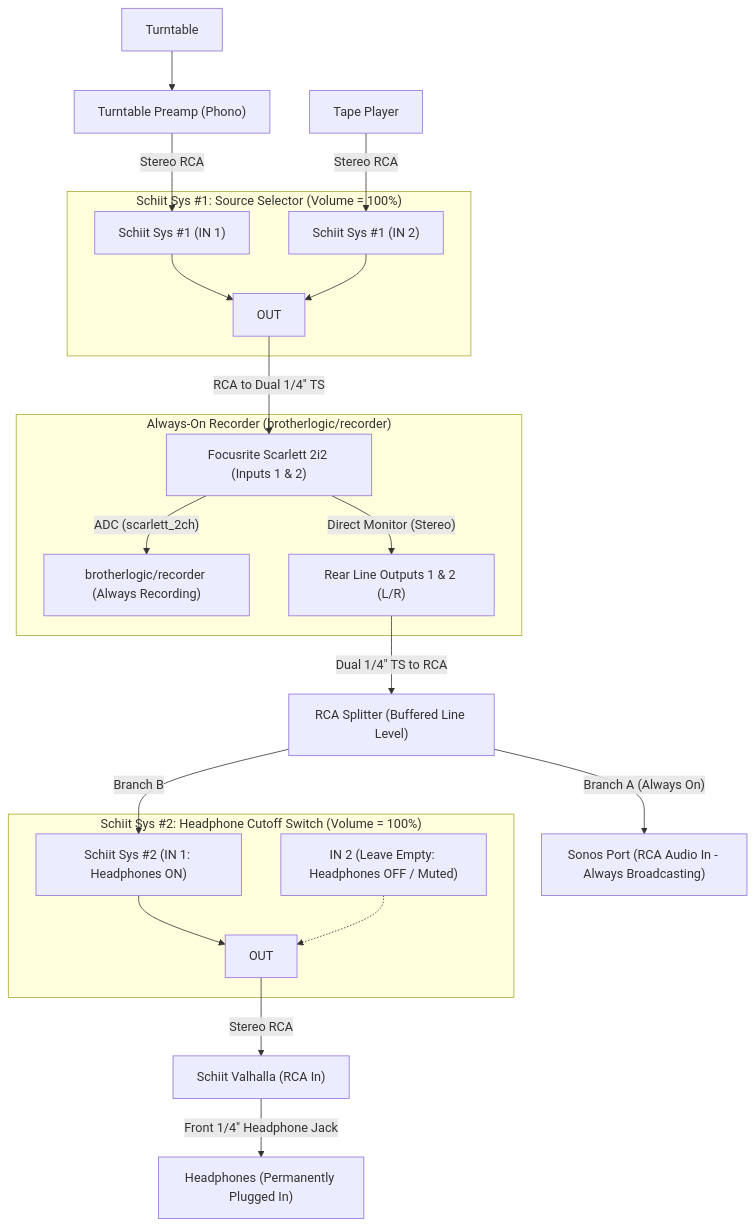
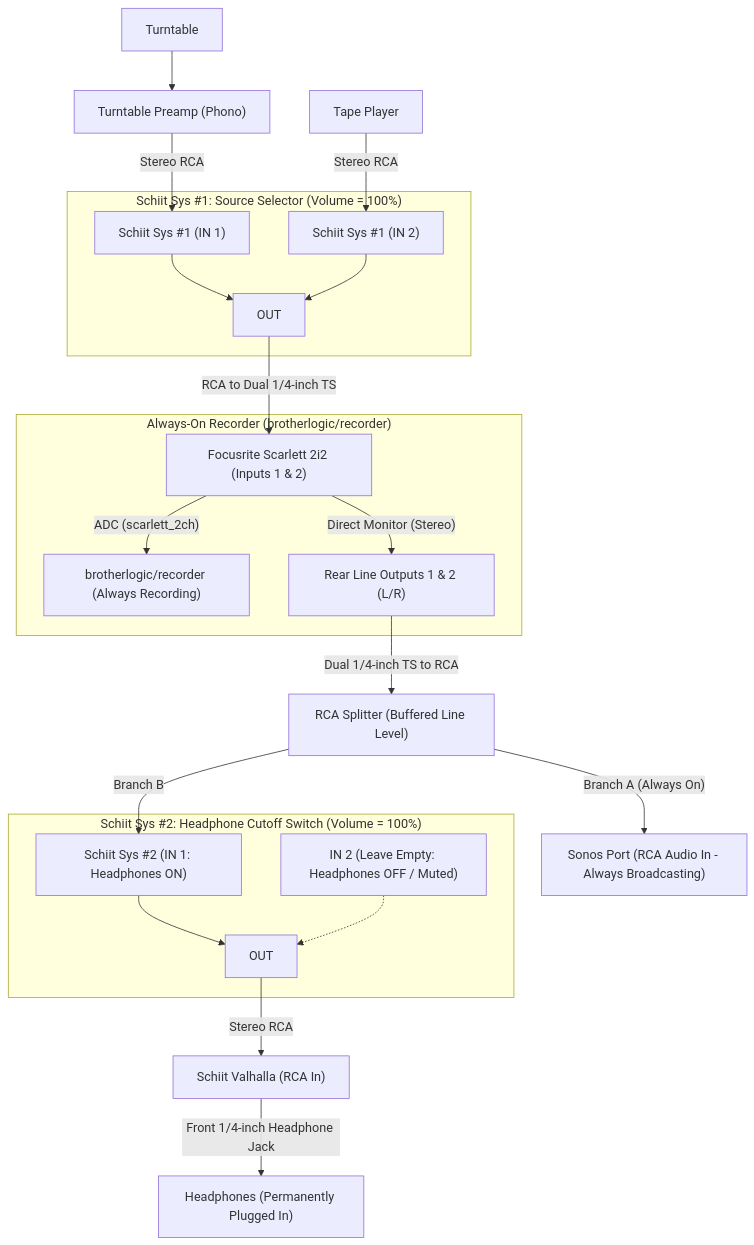
The diagram in SOLUTION.md (brotherlogic/hifi), drawn with Mermaid before and after one commit. The commit also changed other lines of this file, not shown here.

Commit message:
Fix Mermaid diagram quotes and document Sonos line-level gain staging

````diff
--- a/SOLUTION.md
+++ b/SOLUTION.md
@@ -62,34 +62,34 @@
 ```mermaid
 flowchart TD
     TT["Turntable"] --> PP["Turntable Preamp (Phono)"]
     TP["Tape Player"]
 
     PP -->|Stereo RCA| SYS1_IN1["Schiit Sys #1 (IN 1)"]
     TP -->|Stereo RCA| SYS1_IN2["Schiit Sys #1 (IN 2)"]
 
     subgraph SYS1 ["Schiit Sys #1: Source Selector (Volume = 100%)"]
         SYS1_IN1 --> SYS1_OUT["OUT"]
         SYS1_IN2 --> SYS1_OUT
     end
 
-    SYS1_OUT -->|"RCA to Dual 1/4&quot; TS"| SCARLETT_IN["Focusrite Scarlett 2i2 (Inputs 1 & 2)"]
+    SYS1_OUT -->|"RCA to Dual 1/4-inch TS"| SCARLETT_IN["Focusrite Scarlett 2i2 (Inputs 1 & 2)"]
 
     subgraph REC ["Always-On Recorder (brotherlogic/recorder)"]
         SCARLETT_IN -->|"ADC (scarlett_2ch)"| ARECORD["brotherlogic/recorder (Always Recording)"]
         SCARLETT_IN -->|"Direct Monitor (Stereo)"| SCARLETT_OUT["Rear Line Outputs 1 & 2 (L/R)"]
     end
 
-    SCARLETT_OUT -->|"Dual 1/4&quot; TS to RCA"| SPLIT["RCA Splitter (Buffered Line Level)"]
+    SCARLETT_OUT -->|"Dual 1/4-inch TS to RCA"| SPLIT["RCA Splitter (Buffered Line Level)"]
 
     SPLIT -->|"Branch A (Always On)"| SONOS["Sonos Port (RCA Audio In - Always Broadcasting)"]
     SPLIT -->|"Branch B"| SYS2_IN1["Schiit Sys #2 (IN 1: Headphones ON)"]
 
     subgraph SYS2 ["Schiit Sys #2: Headphone Cutoff Switch (Volume = 100%)"]
         EMPTY["IN 2 (Leave Empty: Headphones OFF / Muted)"]
         SYS2_IN1 --> SYS2_OUT["OUT"]
         EMPTY -.-> SYS2_OUT
     end
 
     SYS2_OUT -->|Stereo RCA| VALHALLA["Schiit Valhalla (RCA In)"]
-    VALHALLA -->|"Front 1/4&quot; Headphone Jack"| HP["Headphones (Permanently Plugged In)"]
+    VALHALLA -->|"Front 1/4-inch Headphone Jack"| HP["Headphones (Permanently Plugged In)"]
 ```
````
